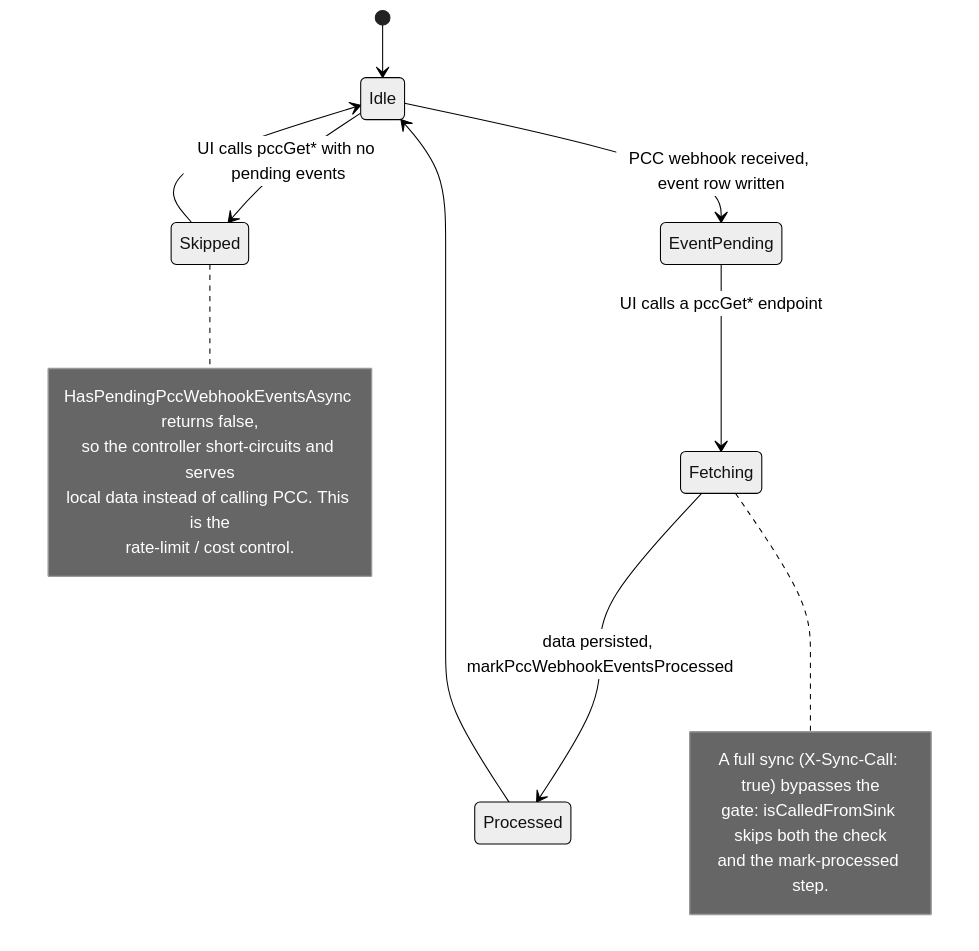
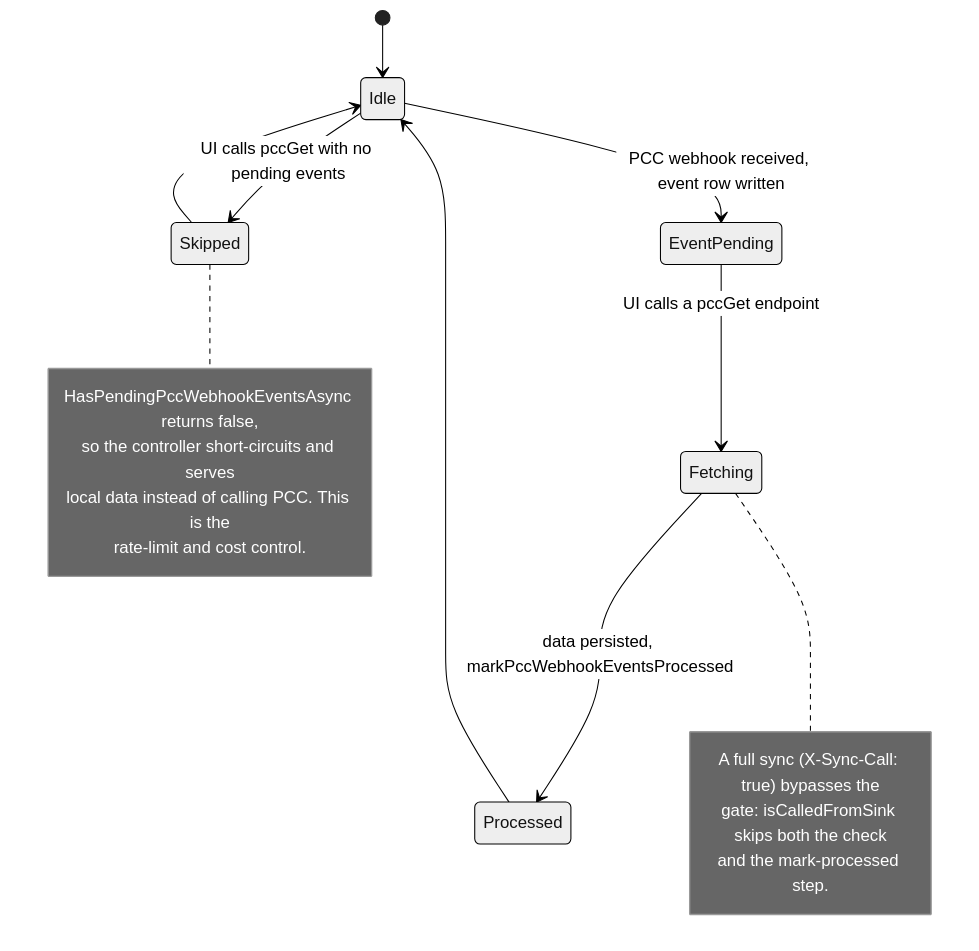
One commit to hemsingh-3PG/sai-systems-AIRE changed the third of 5 diagrams in docs/architecture-diagrams/04-pointclickcare-integration-deep-dive-diagrams.md. Above: the diagram before and after it, drawn with Mermaid (neutral theme). The commit also changed other lines of this file and 285 other files, not shown here.

````diff
--- a/docs/architecture-diagrams/04-pointclickcare-integration-deep-dive-diagrams.md
+++ b/docs/architecture-diagrams/04-pointclickcare-integration-deep-dive-diagrams.md
@@ -94,21 +85,21 @@
 ```mermaid
 stateDiagram-v2
   [*] --> Idle
   Idle --> EventPending: PCC webhook received, event row written
-  EventPending --> Fetching: UI calls a pccGet* endpoint
+  EventPending --> Fetching: UI calls a pccGet endpoint
   Fetching --> Processed: data persisted, markPccWebhookEventsProcessed
   Processed --> Idle
-  Idle --> Skipped: UI calls pccGet* with no pending events
+  Idle --> Skipped: UI calls pccGet with no pending events
   Skipped --> Idle
   note right of Skipped
     HasPendingPccWebhookEventsAsync returns false,
     so the controller short-circuits and serves
     local data instead of calling PCC. This is the
-    rate-limit / cost control.
+    rate-limit and cost control.
   end note
   note right of Fetching
     A full sync (X-Sync-Call: true) bypasses the
     gate: isCalledFromSink skips both the check
     and the mark-processed step.
   end note
 ```
````
